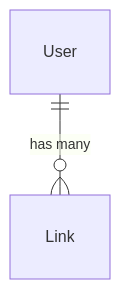
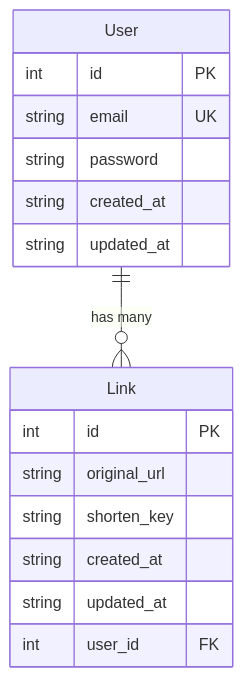
Before and after one commit to EastSun5566/url-shortener-service: the diagram in README.md, drawn with Mermaid. The commit also changed other lines of this file, not shown here.

Commit message:
docs: enhance erd

````diff
--- a/README.md
+++ b/README.md
@@ -79,4 +79,19 @@
 ```mermaid
 erDiagram
     User ||--o{ Link : "has many"
+    User {
+        int id PK
+        string email UK
+        string password
+        string created_at
+        string updated_at
+    }
+    Link {
+        int id PK
+        string original_url
+        string shorten_key
+        string created_at
+        string updated_at
+        int user_id FK
+    }
 ```
````
